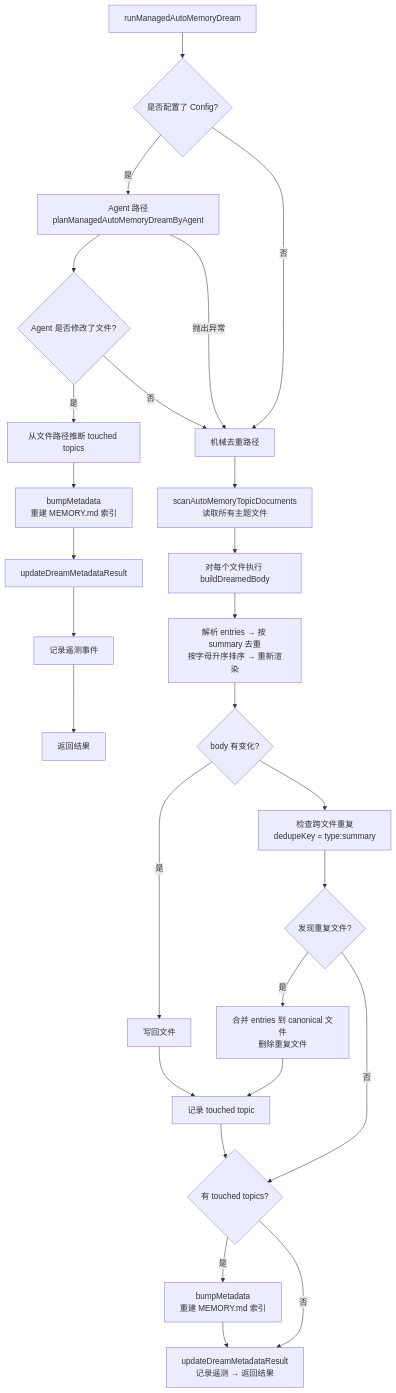
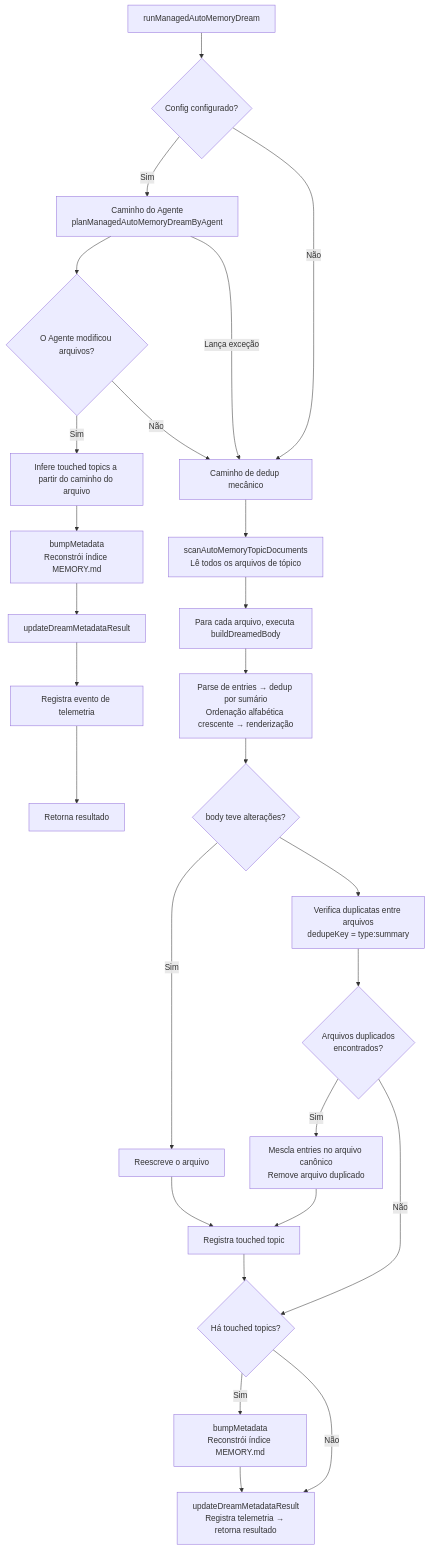
Before and after one commit to QwenLM/qwen-code-docs: the fifth of 7 diagrams in website/content/pt-BR/design/auto-memory/memory-system.md, drawn with Mermaid. The commit also changed other lines of this file and 1077 other files, not shown here.

````diff
--- a/website/content/pt-BR/design/auto-memory/memory-system.md
+++ b/website/content/pt-BR/design/auto-memory/memory-system.md
@@ -298,30 +299,30 @@
 ```mermaid
 flowchart TD
-    A[runManagedAutoMemoryDream] --> B{是否配置了 Config?}
-    B -- 是 --> C[Agent 路径\nplanManagedAutoMemoryDreamByAgent]
-    C --> D{Agent 是否修改了文件?}
-    D -- 是 --> E[从文件路径推断 touched topics]
-    E --> F[bumpMetadata\n重建 MEMORY.md 索引]
+    A[runManagedAutoMemoryDream] --> B{Config configurado?}
+    B -- Sim --> C[Caminho do Agente\nplanManagedAutoMemoryDreamByAgent]
+    C --> D{O Agente modificou arquivos?}
+    D -- Sim --> E[Infere touched topics a partir do caminho do arquivo]
+    E --> F[bumpMetadata\nReconstrói índice MEMORY.md]
     F --> G[updateDreamMetadataResult]
-    G --> H[记录遥测事件]
-    H --> I[返回结果]
-    B -- 否 --> J[机械去重路径]
-    C -- 抛出异常 --> J
-    D -- 否 --> J
+    G --> H[Registra evento de telemetria]
+    H --> I[Retorna resultado]
+    B -- Não --> J[Caminho de dedup mecânico]
+    C -- Lança exceção --> J
+    D -- Não --> J
 
-    J --> K[scanAutoMemoryTopicDocuments\n读取所有主题文件]
-    K --> L[对每个文件执行 buildDreamedBody]
-    L --> M[解析 entries → 按 summary 去重\n按字母升序排序 → 重新渲染]
-    M --> N{body 有变化?}
-    N -- 是 --> O[写回文件]
-    O --> P[记录 touched topic]
-    N --> Q[检查跨文件重复\ndedupeKey = type:summary]
-    Q --> R{发现重复文件?}
-    R -- 是 --> S[合并 entries 到 canonical 文件\n删除重复文件]
+    J --> K[scanAutoMemoryTopicDocuments\nLê todos os arquivos de tópico]
+    K --> L[Para cada arquivo, executa buildDreamedBody]
+    L --> M[Parse de entries → dedup por sumário\nOrdenação alfabética crescente → renderização]
+    M --> N{body teve alterações?}
+    N -- Sim --> O[Reescreve o arquivo]
+    O --> P[Registra touched topic]
+    N --> Q[Verifica duplicatas entre arquivos\ndedupeKey = type:summary]
+    Q --> R{Arquivos duplicados\nencontrados?}
+    R -- Sim --> S[Mescla entries no arquivo canônico\nRemove arquivo duplicado]
     S --> P
-    R -- 否 --> T{有 touched topics?}
+    R -- Não --> T{Há touched topics?}
     P --> T
-    T -- 是 --> U[bumpMetadata\n重建 MEMORY.md 索引]
-    U --> V[updateDreamMetadataResult\n记录遥测 → 返回结果]
-    T -- 否 --> V
+    T -- Sim --> U[bumpMetadata\nReconstrói índice MEMORY.md]
+    U --> V[updateDreamMetadataResult\nRegistra telemetria → retorna resultado]
+    T -- Não --> V
 ```
````
